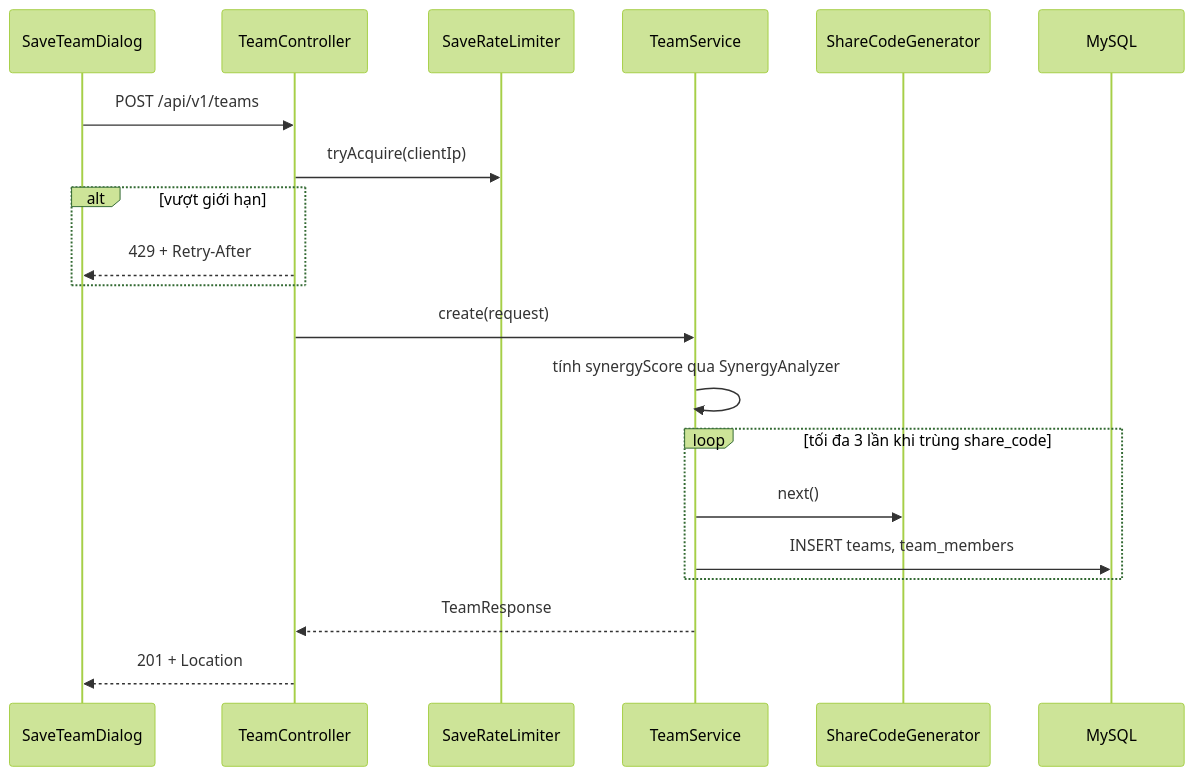
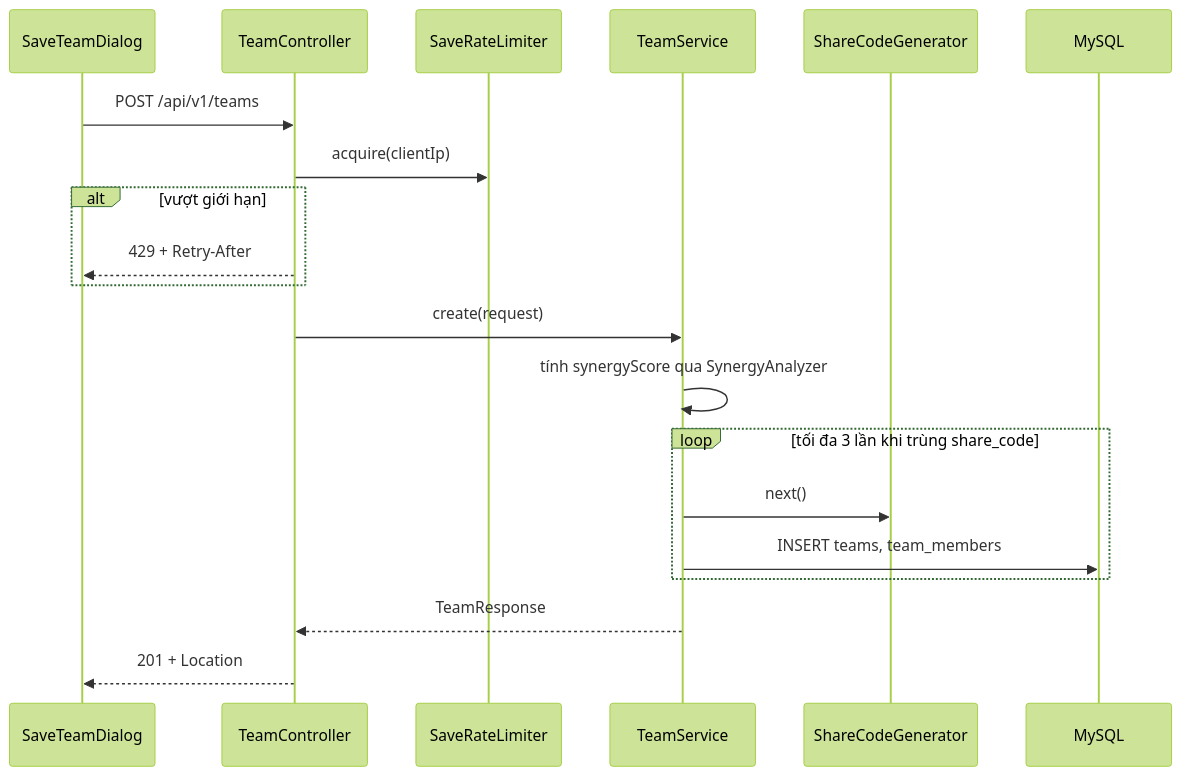
One commit to Nha-Cong-Dong/PokeNexus changed the eighth of 9 diagrams in docs/architecture.md. Above: the diagram before and after it, drawn with Mermaid (forest theme). The commit also changed other lines of this file and 194 other files, not shown here.

````diff
--- a/docs/architecture.md
+++ b/docs/architecture.md
@@ -183,22 +183,22 @@
 ```mermaid
 sequenceDiagram
     participant UI as SaveTeamDialog
     participant C as TeamController
     participant L as SaveRateLimiter
     participant S as TeamService
     participant G as ShareCodeGenerator
     participant DB as MySQL
     UI->>C: POST /api/v1/teams
-    C->>L: tryAcquire(clientIp)
+    C->>L: acquire(clientIp)
     alt vượt giới hạn
         C-->>UI: 429 + Retry-After
     end
     C->>S: create(request)
     S->>S: tính synergyScore qua SynergyAnalyzer
     loop tối đa 3 lần khi trùng share_code
         S->>G: next()
         S->>DB: INSERT teams, team_members
     end
     S-->>C: TeamResponse
     C-->>UI: 201 + Location
 ```
````
